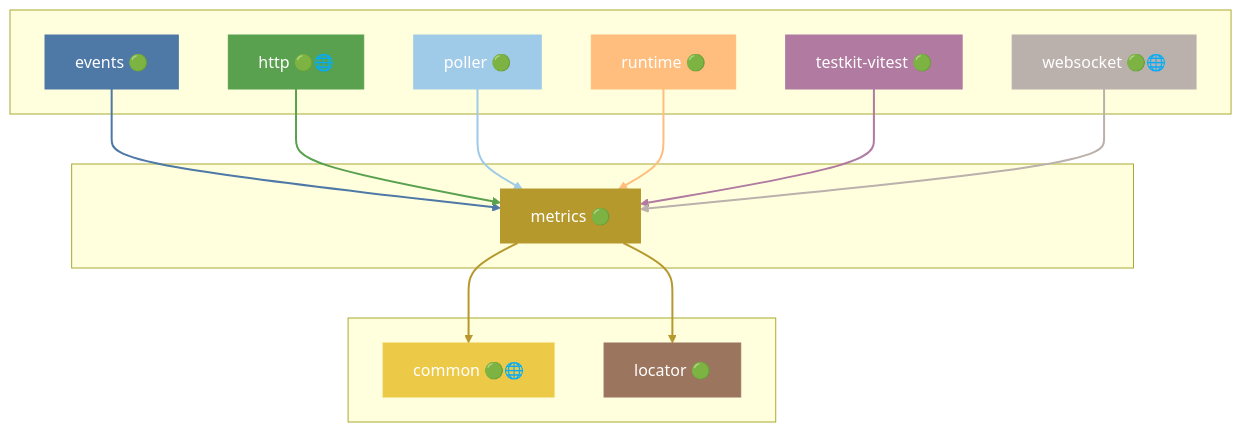
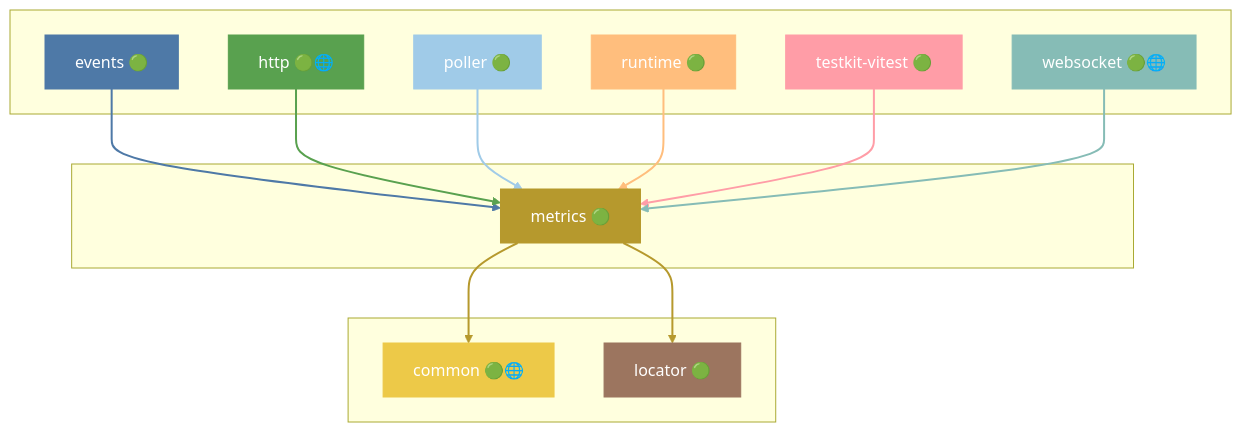
Before and after one commit to grest-ts/grest-ts: diagram 32 of 48 in docs/DEPENDENCIES.md, drawn with Mermaid. The commit also changed other lines of this file and 21 other files, not shown here.

````diff
--- a/docs/DEPENDENCIES.md
+++ b/docs/DEPENDENCIES.md
@@ -1665,43 +1687,43 @@
 ```mermaid
 flowchart TB
     subgraph Dependents[" "]
         events["events 🟢"]
         http["http 🟢🌐"]
         poller["poller 🟢"]
         runtime["runtime 🟢"]
         testkit-vitest["testkit-vitest 🟢"]
         websocket["websocket 🟢🌐"]
     end
     subgraph Package[" "]
         metrics["metrics 🟢"]
     end
     subgraph Dependencies[" "]
         common["common 🟢🌐"]
         locator["locator 🟢"]
     end
     events --> metrics
     http --> metrics
     poller --> metrics
     runtime --> metrics
     testkit-vitest --> metrics
     websocket --> metrics
     metrics --> common
     metrics --> locator
     style metrics fill:#B6992D,stroke:#B6992D,color:#fff
     style events fill:#4E79A7,stroke:#4E79A7,color:#fff
     style http fill:#59A14F,stroke:#59A14F,color:#fff
     style poller fill:#A0CBE8,stroke:#A0CBE8,color:#fff
     style runtime fill:#FFBE7D,stroke:#FFBE7D,color:#fff
-    style testkit-vitest fill:#B07AA1,stroke:#B07AA1,color:#fff
-    style websocket fill:#BAB0AC,stroke:#BAB0AC,color:#fff
+    style testkit-vitest fill:#FF9DA7,stroke:#FF9DA7,color:#fff
+    style websocket fill:#86BCB6,stroke:#86BCB6,color:#fff
     style common fill:#EDC948,stroke:#EDC948,color:#fff
     style locator fill:#9C755F,stroke:#9C755F,color:#fff
     linkStyle 0 stroke:#4E79A7,stroke-width:2px
     linkStyle 1 stroke:#59A14F,stroke-width:2px
     linkStyle 2 stroke:#A0CBE8,stroke-width:2px
     linkStyle 3 stroke:#FFBE7D,stroke-width:2px
-    linkStyle 4 stroke:#B07AA1,stroke-width:2px
-    linkStyle 5 stroke:#BAB0AC,stroke-width:2px
+    linkStyle 4 stroke:#FF9DA7,stroke-width:2px
+    linkStyle 5 stroke:#86BCB6,stroke-width:2px
     linkStyle 6 stroke:#B6992D,stroke-width:2px
     linkStyle 7 stroke:#B6992D,stroke-width:2px
 ```
````
